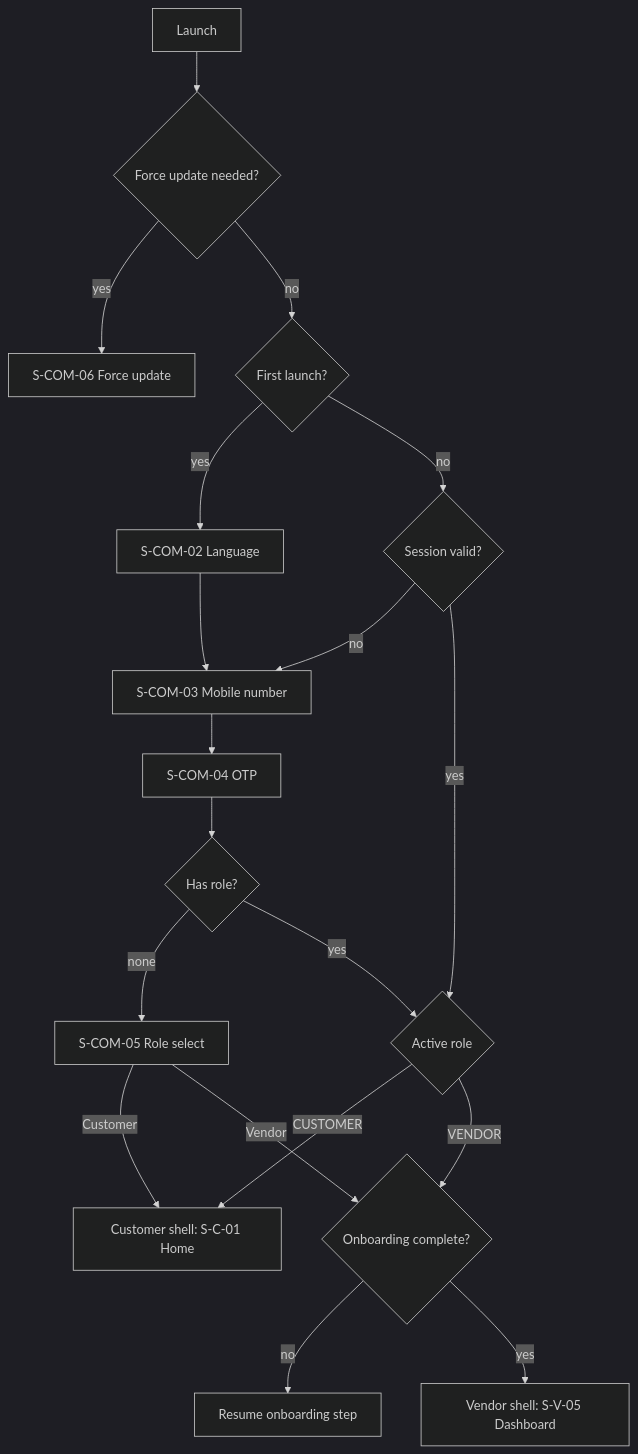
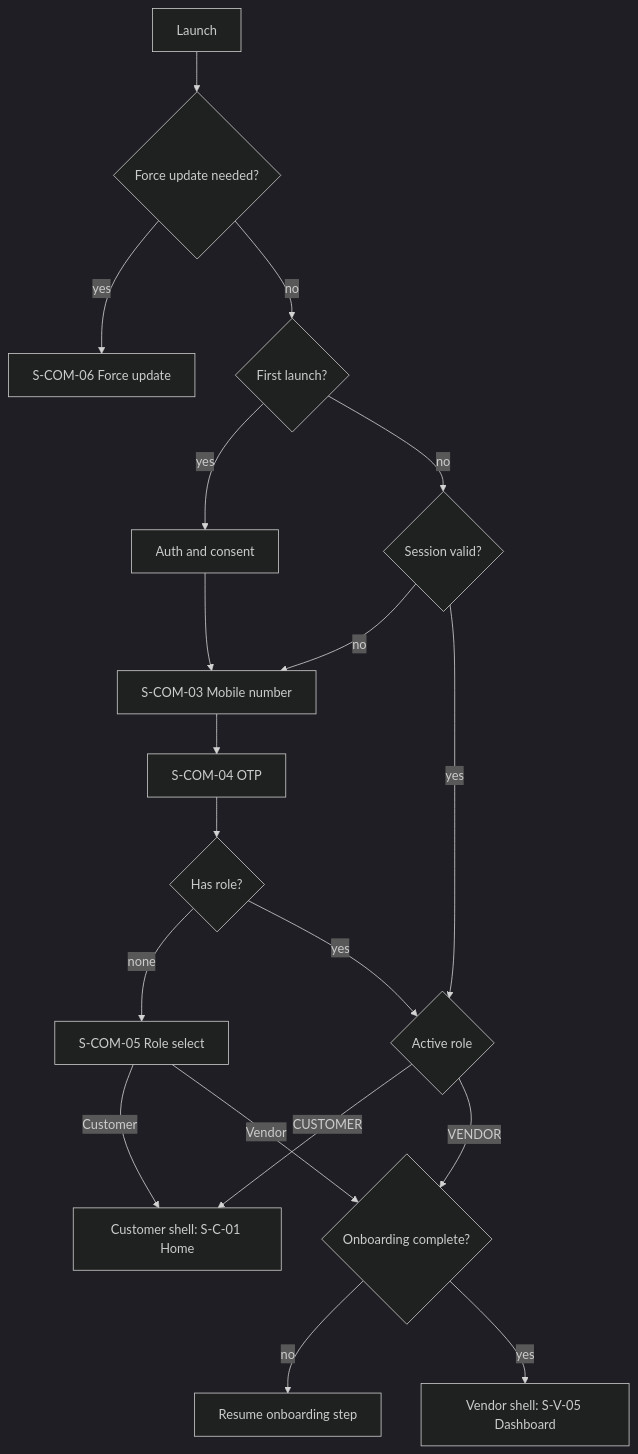
One commit to Priyankaagrawal/supplybiz changed the first of 7 diagrams in docs/03-ux/USER_FLOWS.md. Above: the diagram before and after it, drawn with Mermaid (dark theme). The commit also changed other lines of this file and 39 other files, not shown here.

````diff
--- a/docs/03-ux/USER_FLOWS.md
+++ b/docs/03-ux/USER_FLOWS.md
@@ -19,21 +19,21 @@
 ```mermaid
 flowchart TD
     A[Launch] --> B{Force update needed?}
     B -- yes --> FU[S-COM-06 Force update]
     B -- no --> C{First launch?}
-    C -- yes --> L[S-COM-02 Language]
+    C -- yes --> L[Auth and consent]
     C -- no --> D{Session valid?}
     L --> M[S-COM-03 Mobile number]
     D -- no --> M
     M --> O[S-COM-04 OTP]
     O --> E{Has role?}
     D -- yes --> R{Active role}
     E -- none --> RS[S-COM-05 Role select]
     E -- yes --> R
     RS -- Customer --> CH[Customer shell: S-C-01 Home]
     RS -- Vendor --> VO{Onboarding complete?}
     R -- CUSTOMER --> CH
     R -- VENDOR --> VO
     VO -- no --> VS[Resume onboarding step]
     VO -- yes --> VH[Vendor shell: S-V-05 Dashboard]
 ```
````
